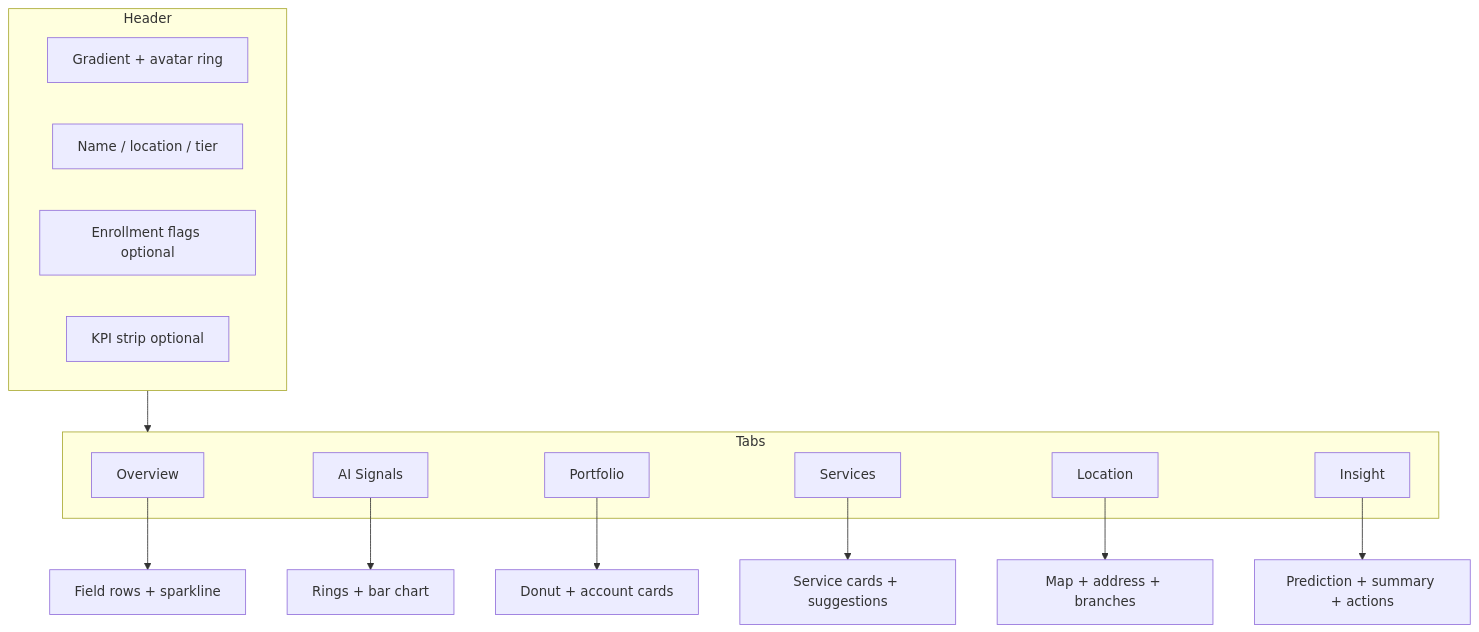
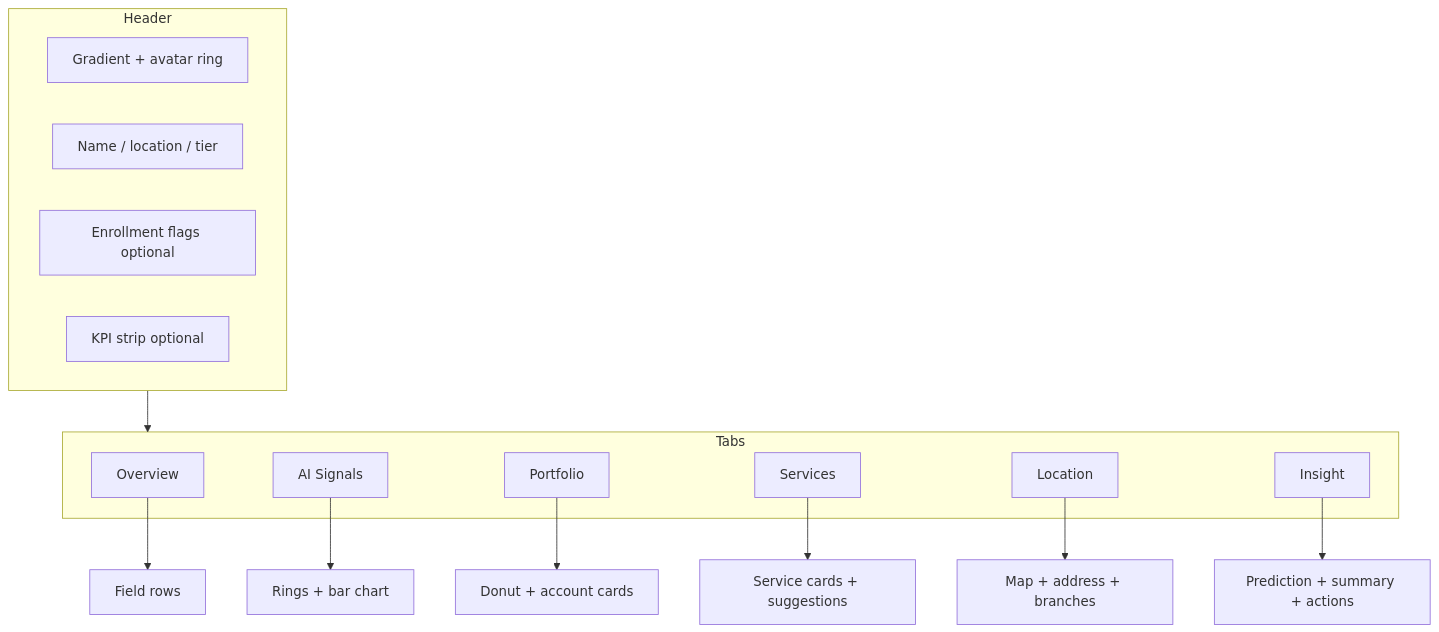
The second of 2 diagrams in DC_PersonProfileWidget/docs/ARCHITECTURE.md (josers18/JDO), drawn with Mermaid before and after one commit. The commit also changed other lines of this file and 32 other files, not shown here.

First line of the commit message:
docs(DC_PersonProfileWidget): guides, diagrams, samples, deploy/apex refs

````diff
--- a/DC_PersonProfileWidget/docs/ARCHITECTURE.md
+++ b/DC_PersonProfileWidget/docs/ARCHITECTURE.md
@@ -79,24 +63,24 @@
 ```mermaid
 flowchart TB
     subgraph Header
         H1[Gradient + avatar ring]
         H2[Name / location / tier]
         H3[Enrollment flags optional]
         H4[KPI strip optional]
     end
     subgraph Tabs
         T1[Overview]
         T2[AI Signals]
         T3[Portfolio]
         T4[Services]
         T5[Location]
         T6[Insight]
     end
     Header --> Tabs
-    T1 --> F1[Field rows + sparkline]
+    T1 --> F1[Field rows]
     T2 --> F2[Rings + bar chart]
     T3 --> F3[Donut + account cards]
     T4 --> F4[Service cards + suggestions]
     T5 --> F5[Map + address + branches]
     T6 --> F6[Prediction + summary + actions]
 ```
````
